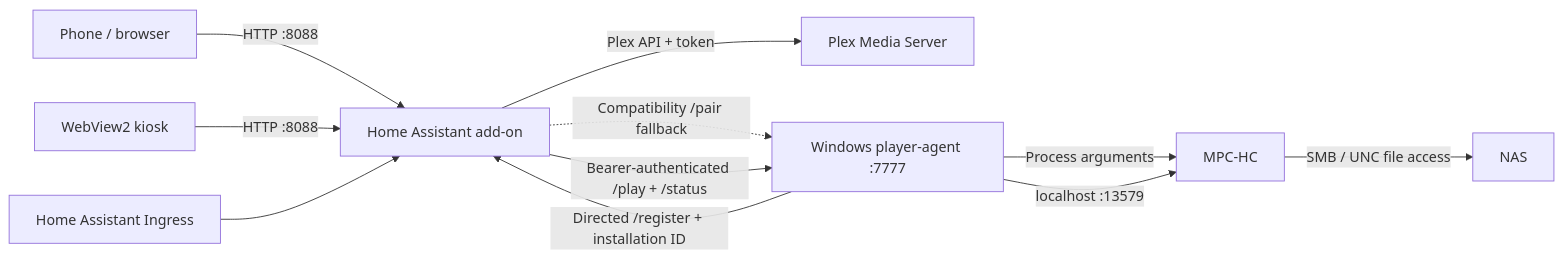
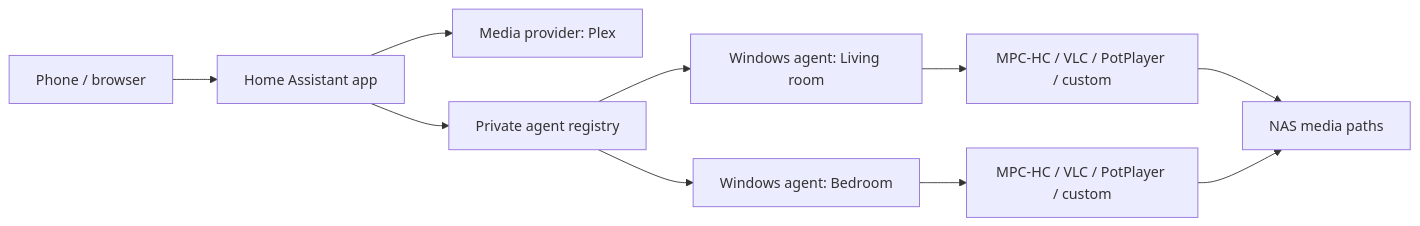
Before and after one commit to liwo-1/media-launcher: the diagram in ARCHITECTURE.md, drawn with Mermaid. The commit also changed other lines of this file and 52 other files, not shown here.

````diff
--- a/ARCHITECTURE.md
+++ b/ARCHITECTURE.md
@@ -10,13 +7,12 @@
 ```mermaid
 flowchart LR
-    U[Phone / browser] -->|HTTP :8088| A[Home Assistant add-on]
-    W[WebView2 kiosk] -->|HTTP :8088| A
-    H[Home Assistant Ingress] --> A
-    A -->|Plex API + token| P[Plex Media Server]
-    G -->|Directed /register + installation ID| A
-    A -.->|Compatibility /pair fallback| G
-    A -->|Bearer-authenticated /play + /status| G[Windows player-agent :7777]
-    G -->|Process arguments| M[MPC-HC]
-    M -->|SMB / UNC file access| N[NAS]
-    G -->|localhost :13579| M
+    U[Phone / browser] --> A[Home Assistant app]
+    A --> P[Media provider: Plex]
+    A --> R[Private agent registry]
+    R --> W1[Windows agent: Living room]
+    R --> W2[Windows agent: Bedroom]
+    W1 --> M1[MPC-HC / VLC / PotPlayer / custom]
+    W2 --> M2[MPC-HC / VLC / PotPlayer / custom]
+    M1 --> N[NAS media paths]
+    M2 --> N
 ```
````
